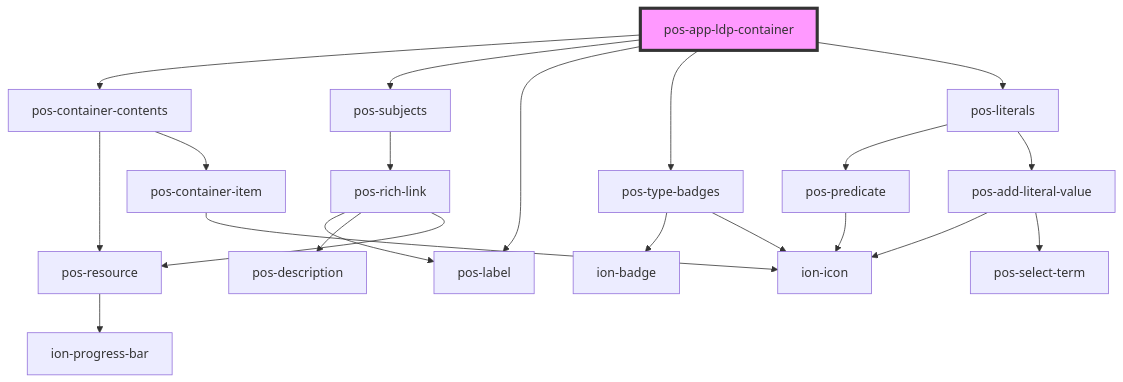
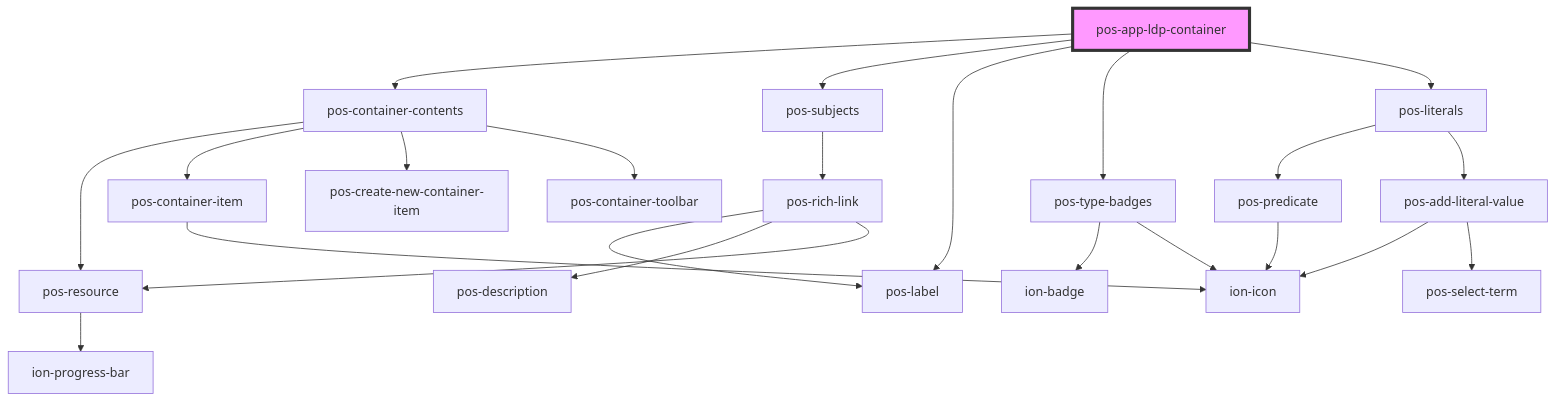
The diagram in docs/elements/apps/pos-app-ldp-container/readme.md (pod-os/PodOS), drawn with Mermaid before and after one commit. The commit also changed 6 other files, not shown here.

````diff
--- a/docs/elements/apps/pos-app-ldp-container/readme.md
+++ b/docs/elements/apps/pos-app-ldp-container/readme.md
@@ -19,24 +19,26 @@
 ```mermaid
 graph TD;
   pos-app-ldp-container --> pos-container-contents
   pos-app-ldp-container --> pos-subjects
   pos-app-ldp-container --> pos-label
   pos-app-ldp-container --> pos-type-badges
   pos-app-ldp-container --> pos-literals
   pos-container-contents --> pos-resource
   pos-container-contents --> pos-container-item
+  pos-container-contents --> pos-create-new-container-item
+  pos-container-contents --> pos-container-toolbar
   pos-resource --> ion-progress-bar
   pos-container-item --> ion-icon
   pos-subjects --> pos-rich-link
   pos-rich-link --> pos-label
   pos-rich-link --> pos-description
   pos-rich-link --> pos-resource
   pos-type-badges --> ion-badge
   pos-type-badges --> ion-icon
   pos-literals --> pos-predicate
   pos-literals --> pos-add-literal-value
   pos-predicate --> ion-icon
   pos-add-literal-value --> ion-icon
   pos-add-literal-value --> pos-select-term
   style pos-app-ldp-container fill:#f9f,stroke:#333,stroke-width:4px
 ```
````
